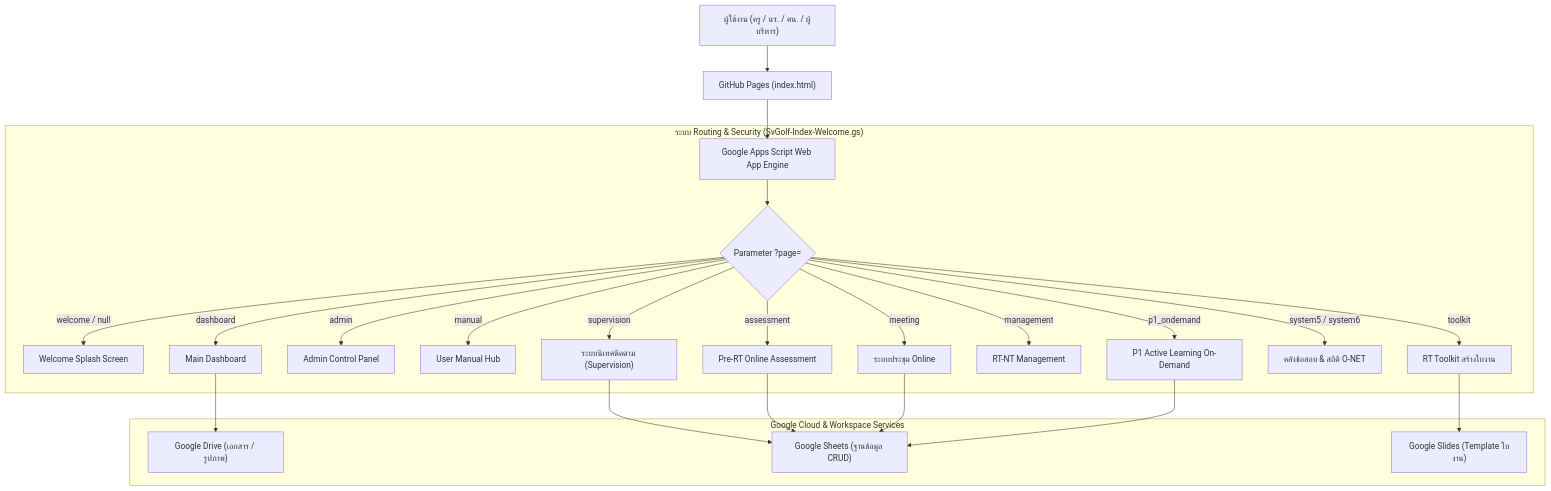
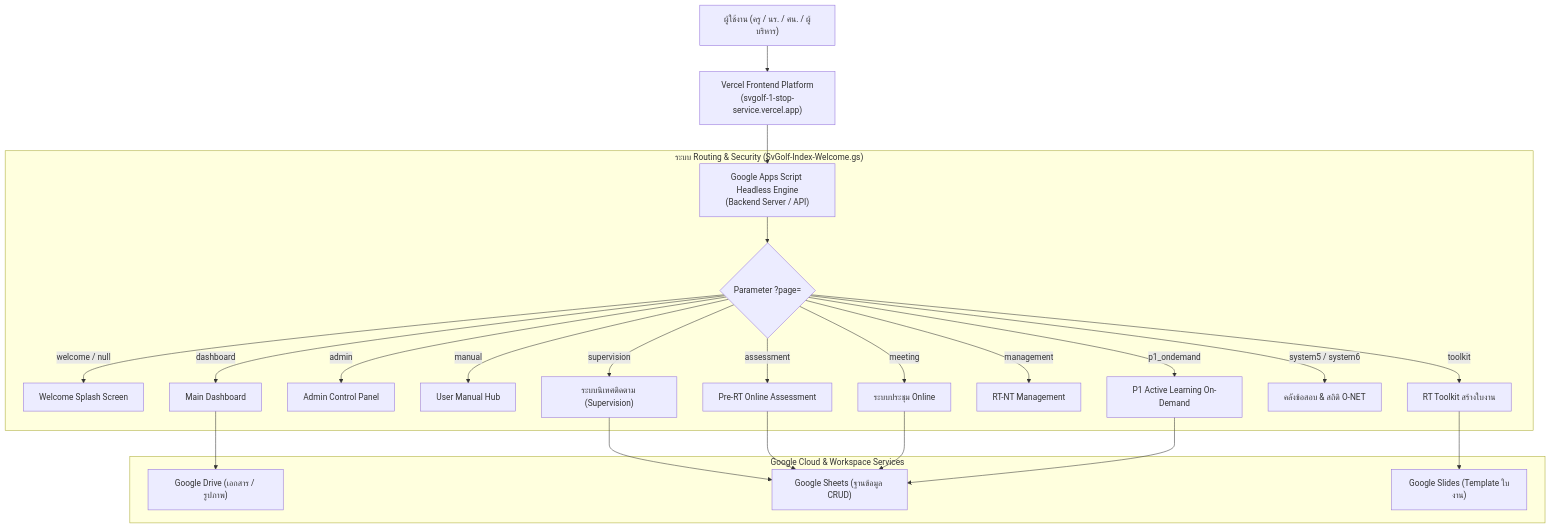
One commit to intensityrtt/SVGolf1StopService changed the diagram in README.md. Above: the diagram before and after it, drawn with Mermaid. The commit also changed other lines of this file and 10 other files, not shown here.

Commit message:
feat: configure Vercel as primary frontend and enforce headless GAS backend

````diff
--- a/README.md
+++ b/README.md
@@ -44,29 +44,29 @@
 ```mermaid
 flowchart TD
-    User["ผู้ใช้งาน (ครู / นร. / ศน. / ผู้บริหาร)"] --> Portal["GitHub Pages (index.html)"]
-    Portal --> GAS["Google Apps Script Web App Engine"]
+    User["ผู้ใช้งาน (ครู / นร. / ศน. / ผู้บริหาร)"] --> Vercel["Vercel Frontend Platform<br>(svgolf-1-stop-service.vercel.app)"]
+    Vercel --> GAS["Google Apps Script Headless Engine<br>(Backend Server / API)"]
     
     subgraph Routing ["ระบบ Routing & Security (SvGolf-Index-Welcome.gs)"]
         GAS --> PageRouter{"Parameter ?page="}
         PageRouter -->|"welcome / null"| Welcome["Welcome Splash Screen"]
         PageRouter -->|"dashboard"| Dashboard["Main Dashboard"]
         PageRouter -->|"admin"| AdminPanel["Admin Control Panel"]
         PageRouter -->|"manual"| ManualPage["User Manual Hub"]
         PageRouter -->|"supervision"| Supervision["ระบบนิเทศติดตาม (Supervision)"]
         PageRouter -->|"toolkit"| RTToolkit["RT Toolkit สร้างใบงาน"]
         PageRouter -->|"assessment"| PreRT["Pre-RT Online Assessment"]
         PageRouter -->|"management"| RTNTManage["RT-NT Management"]
         PageRouter -->|"meeting"| Meeting["ระบบประชุม Online"]
         PageRouter -->|"system5 / system6"| Exams["คลังข้อสอบ & สถิติ O-NET"]
         PageRouter -->|"p1_ondemand"| P1OnDemand["P1 Active Learning On-Demand"]
     end
 
     subgraph Storage ["Google Cloud & Workspace Services"]
         Dashboard --> GDrive["Google Drive (เอกสาร / รูปภาพ)"]
         Supervision --> GSheets["Google Sheets (ฐานข้อมูล CRUD)"]
         PreRT --> GSheets
         RTToolkit --> GSlides["Google Slides (Template ใบงาน)"]
         Meeting --> GSheets
         P1OnDemand --> GSheets
     end
 ```
````
